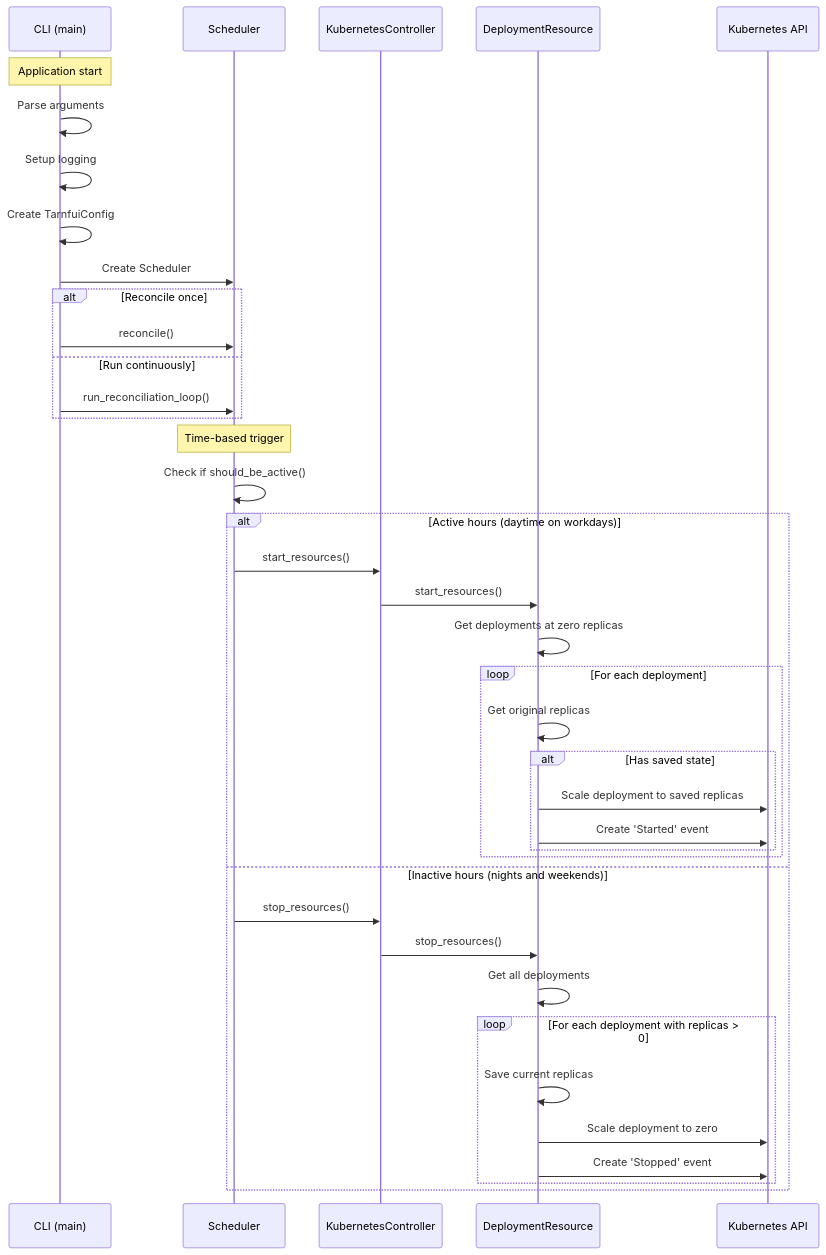
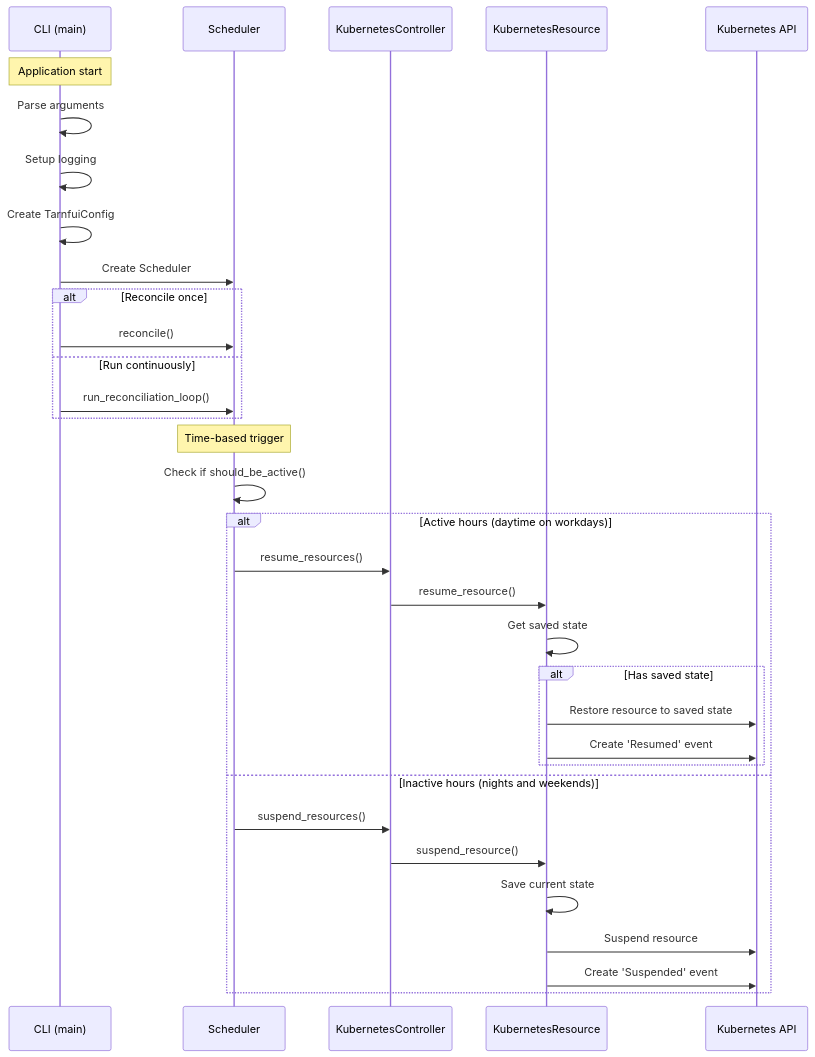
The first of 2 diagrams in README.md (demikl/Tarnfui), drawn with Mermaid before and after one commit. The commit also changed other lines of this file and 3 other files, not shown here.

Commit message:
Refactor Kubernetes resource management: rename methods for clarity, update state handling, and enhance deployment resource functionality

````diff
--- a/README.md
+++ b/README.md
@@ -31,45 +31,39 @@
 ```mermaid
 sequenceDiagram
     participant CLI as CLI (main)
     participant S as Scheduler
     participant K as KubernetesController
-    participant R as DeploymentResource
+    participant R as KubernetesResource
     participant A as Kubernetes API
 
     Note over CLI: Application start
     CLI->>CLI: Parse arguments
     CLI->>CLI: Setup logging
     CLI->>CLI: Create TarnfuiConfig
     CLI->>S: Create Scheduler
     
     alt Reconcile once
         CLI->>S: reconcile()
     else Run continuously
         CLI->>S: run_reconciliation_loop()
     end
     
     Note over S: Time-based trigger
     S->>S: Check if should_be_active()
     
     alt Active hours (daytime on workdays)
-        S->>K: start_resources()
-        K->>R: start_resources()
-        R->>R: Get deployments at zero replicas
-        loop For each deployment
-            R->>R: Get original replicas
-            alt Has saved state
-                R->>A: Scale deployment to saved replicas
-                R->>A: Create 'Started' event
-            end
+        S->>K: resume_resources()
+        K->>R: resume_resource()
+        R->>R: Get saved state
+        alt Has saved state
+            R->>A: Restore resource to saved state
+            R->>A: Create 'Resumed' event
         end
     else Inactive hours (nights and weekends)
-        S->>K: stop_resources()
-        K->>R: stop_resources()
-        R->>R: Get all deployments
-        loop For each deployment with replicas > 0
-            R->>R: Save current replicas
-            R->>A: Scale deployment to zero
-            R->>A: Create 'Stopped' event
-        end
+        S->>K: suspend_resources()
+        K->>R: suspend_resource()
+        R->>R: Save current state
+        R->>A: Suspend resource
+        R->>A: Create 'Suspended' event
     end
 ```
````
